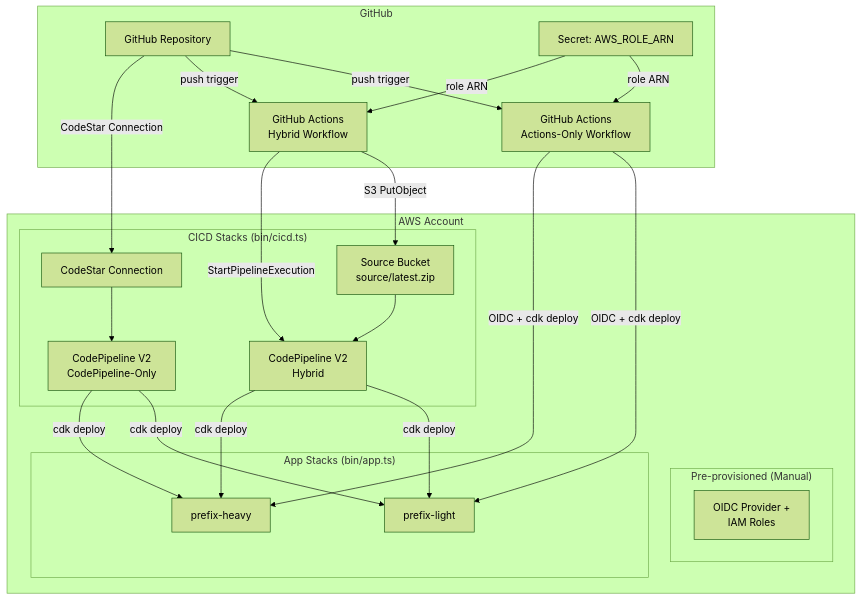
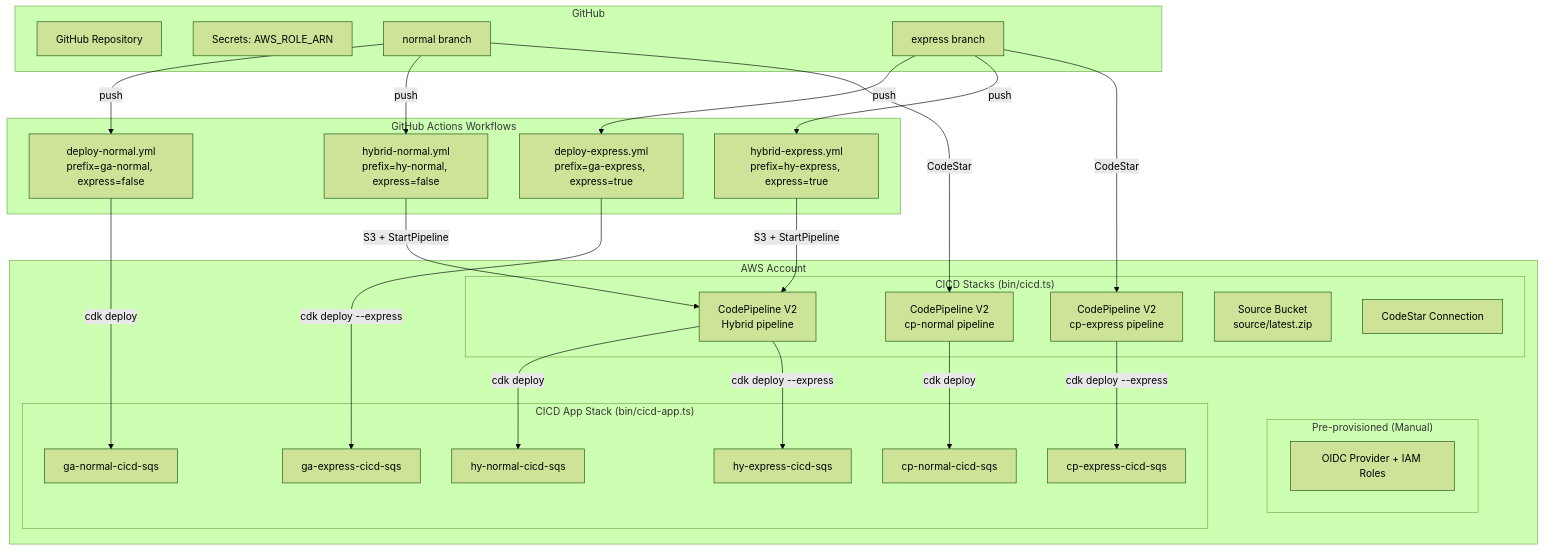
Before and after one commit to satoshi256kbyte/cdk-express-mode: the first of 6 diagrams in .kiro/specs/cicd-pipelines/design.md, drawn with Mermaid (forest theme). The commit also changed other lines of this file and 21 other files, not shown here.

First line of the commit message:
ci: implement CI/CD deployment workflows and CDK infrastructure

````diff
--- a/.kiro/specs/cicd-pipelines/design.md
+++ b/.kiro/specs/cicd-pipelines/design.md
@@ -23,43 +27,55 @@
 ```mermaid
 graph TB
     subgraph "GitHub"
         GH[GitHub Repository]
-        SEC[Secret: AWS_ROLE_ARN]
-        GA_ONLY[GitHub Actions<br/>Actions-Only Workflow]
-        GA_HYBRID[GitHub Actions<br/>Hybrid Workflow]
+        SEC[Secrets: AWS_ROLE_ARN]
+        BR_N[normal branch]
+        BR_E[express branch]
+    end
+
+    subgraph "GitHub Actions Workflows"
+        GA_N[deploy-normal.yml<br/>prefix=ga-normal, express=false]
+        GA_E[deploy-express.yml<br/>prefix=ga-express, express=true]
+        HY_N[hybrid-normal.yml<br/>prefix=hy-normal, express=false]
+        HY_E[hybrid-express.yml<br/>prefix=hy-express, express=true]
     end
 
     subgraph "AWS Account"
         subgraph "Pre-provisioned (Manual)"
-            OIDC[OIDC Provider +<br/>IAM Roles]
+            OIDC[OIDC Provider + IAM Roles]
         end
 
         subgraph "CICD Stacks (bin/cicd.ts)"
-            CP_ONLY[CodePipeline V2<br/>CodePipeline-Only]
-            CP_HYBRID[CodePipeline V2<br/>Hybrid]
+            CP_N[CodePipeline V2<br/>cp-normal pipeline]
+            CP_E[CodePipeline V2<br/>cp-express pipeline]
+            CP_HYBRID[CodePipeline V2<br/>Hybrid pipeline]
             S3_SOURCE[Source Bucket<br/>source/latest.zip]
             CSTAR[CodeStar Connection]
         end
 
-        subgraph "App Stacks (bin/app.ts)"
-            LIGHT[prefix-light]
-            HEAVY[prefix-heavy]
+        subgraph "CICD App Stack (bin/cicd-app.ts)"
+            SQS_GA_N["ga-normal-cicd-sqs"]
+            SQS_GA_E["ga-express-cicd-sqs"]
+            SQS_CP_N["cp-normal-cicd-sqs"]
+            SQS_CP_E["cp-express-cicd-sqs"]
+            SQS_HY_N["hy-normal-cicd-sqs"]
+            SQS_HY_E["hy-express-cicd-sqs"]
         end
     end
 
-    SEC -->|role ARN| GA_ONLY
-    SEC -->|role ARN| GA_HYBRID
-    GH -->|push trigger| GA_ONLY
-    GH -->|push trigger| GA_HYBRID
-    GH -->|CodeStar Connection| CSTAR
-    GA_ONLY -->|OIDC + cdk deploy| LIGHT
-    GA_ONLY -->|OIDC + cdk deploy| HEAVY
-    CSTAR --> CP_ONLY
-    CP_ONLY -->|cdk deploy| LIGHT
-    CP_ONLY -->|cdk deploy| HEAVY
-    GA_HYBRID -->|S3 PutObject| S3_SOURCE
-    GA_HYBRID -->|StartPipelineExecution| CP_HYBRID
-    S3_SOURCE --> CP_HYBRID
-    CP_HYBRID -->|cdk deploy| LIGHT
-    CP_HYBRID -->|cdk deploy| HEAVY
+    BR_N -->|push| GA_N
+    BR_E -->|push| GA_E
+    BR_N -->|push| HY_N
+    BR_E -->|push| HY_E
+    BR_N -->|CodeStar| CP_N
+    BR_E -->|CodeStar| CP_E
+
+    GA_N -->|cdk deploy| SQS_GA_N
+    GA_E -->|cdk deploy --express| SQS_GA_E
+    CP_N -->|cdk deploy| SQS_CP_N
+    CP_E -->|cdk deploy --express| SQS_CP_E
+    HY_N -->|S3 + StartPipeline| CP_HYBRID
+    HY_E -->|S3 + StartPipeline| CP_HYBRID
+    CP_HYBRID -->|cdk deploy| SQS_HY_N
+    CP_HYBRID -->|cdk deploy --express| SQS_HY_E
 ```
````
